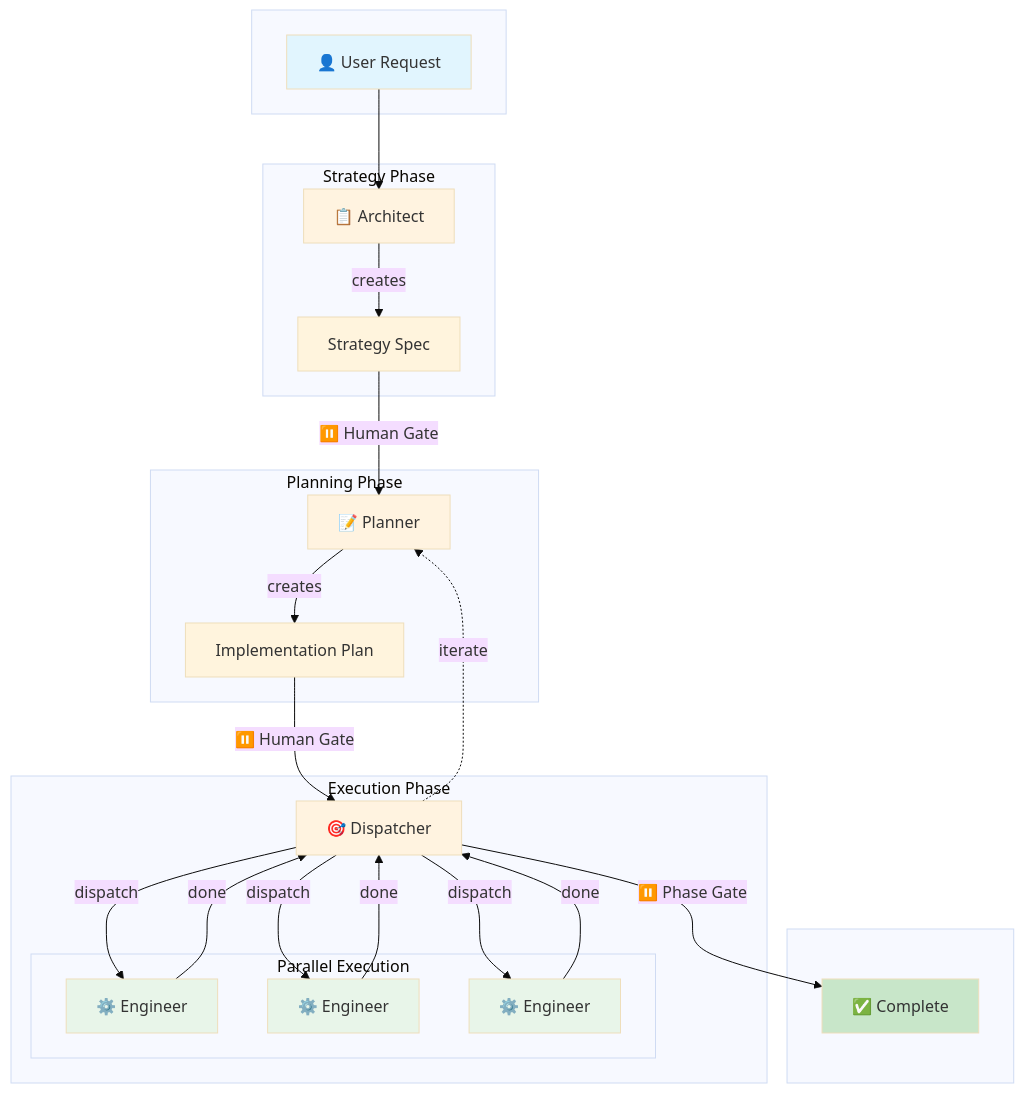
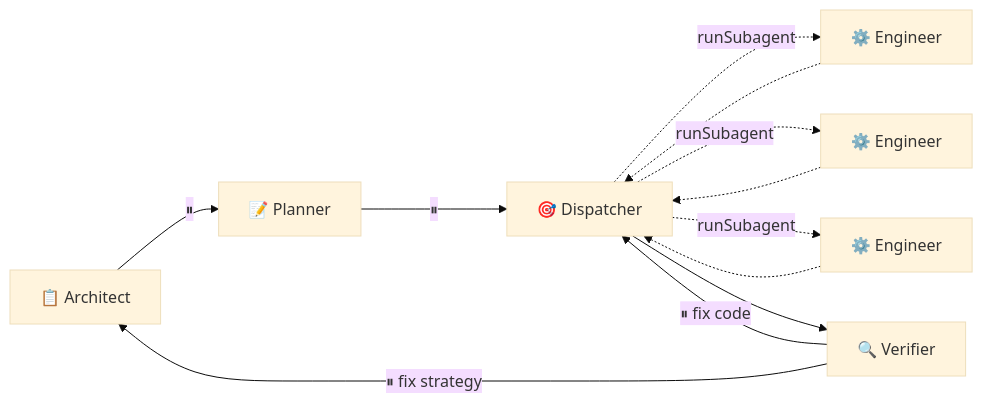
The diagram in README.md (danielmeppiel/spec-copilot), drawn with Mermaid (base theme) before and after one commit. The commit also changed other lines of this file and 6 other files, not shown here.

````diff
--- a/README.md
+++ b/README.md
@@ -20,54 +20,14 @@
 ```mermaid
-flowchart TB
-    subgraph input [" "]
-        U["👤 User Request"]
-    end
-
-    subgraph strategy ["Strategy Phase"]
-        A["📋 Architect"]
-        A --> |creates| S["Strategy Spec"]
-    end
-
-    subgraph planning ["Planning Phase"]
-        P["📝 Planner"]
-        P --> |creates| I["Implementation Plan"]
-    end
-
-    subgraph execution ["Execution Phase"]
-        D["🎯 Dispatcher"]
-        
-        subgraph parallel ["Parallel Execution"]
-            E1["⚙️ Engineer"]
-            E2["⚙️ Engineer"]
-            E3["⚙️ Engineer"]
-        end
-    end
-
-    subgraph done [" "]
-        C["✅ Complete"]
-    end
-
-    U --> A
-    S --> |"⏸️ Human Gate"| P
-    I --> |"⏸️ Human Gate"| D
-    
-    D --> |dispatch| E1
-    D --> |dispatch| E2
-    D --> |dispatch| E3
-    
-    E1 --> |done| D
-    E2 --> |done| D
-    E3 --> |done| D
-    
-    D --> |"⏸️ Phase Gate"| C
-    D -.-> |iterate| P
-
-    style U fill:#e1f5fe
-    style A fill:#fff3e0
-    style P fill:#fff3e0
-    style D fill:#fff3e0
-    style E1 fill:#e8f5e9
-    style E2 fill:#e8f5e9
-    style E3 fill:#e8f5e9
-    style C fill:#c8e6c9
+flowchart LR
+    A["📋 Architect"] -->|⏸| P["📝 Planner"]
+    P -->|⏸| D["🎯 Dispatcher"]
+    D -.->|runSubagent| E1["⚙️ Engineer"]
+    D -.->|runSubagent| E2["⚙️ Engineer"]
+    D -.->|runSubagent| E3["⚙️ Engineer"]
+    E1 -.-> D
+    E2 -.-> D
+    E3 -.-> D
+    D --> V["🔍 Verifier"]
+    V -->|⏸ fix code| D
+    V -->|⏸ fix strategy| A
 ```
````
